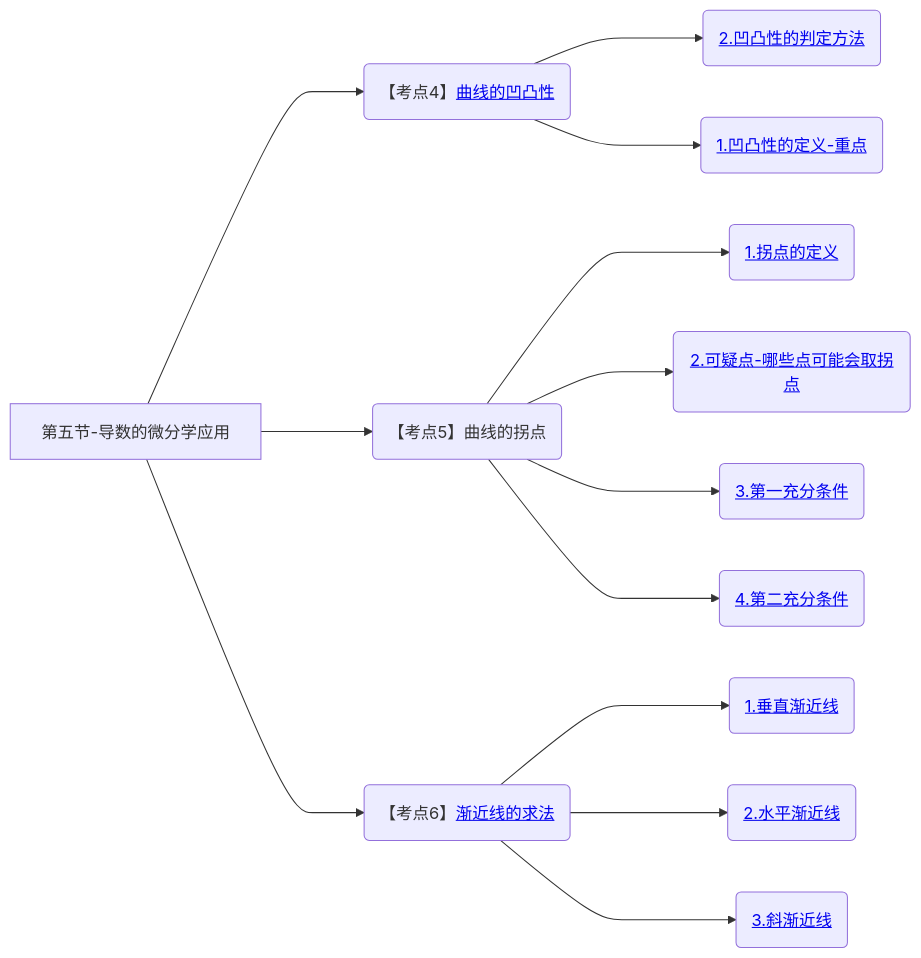
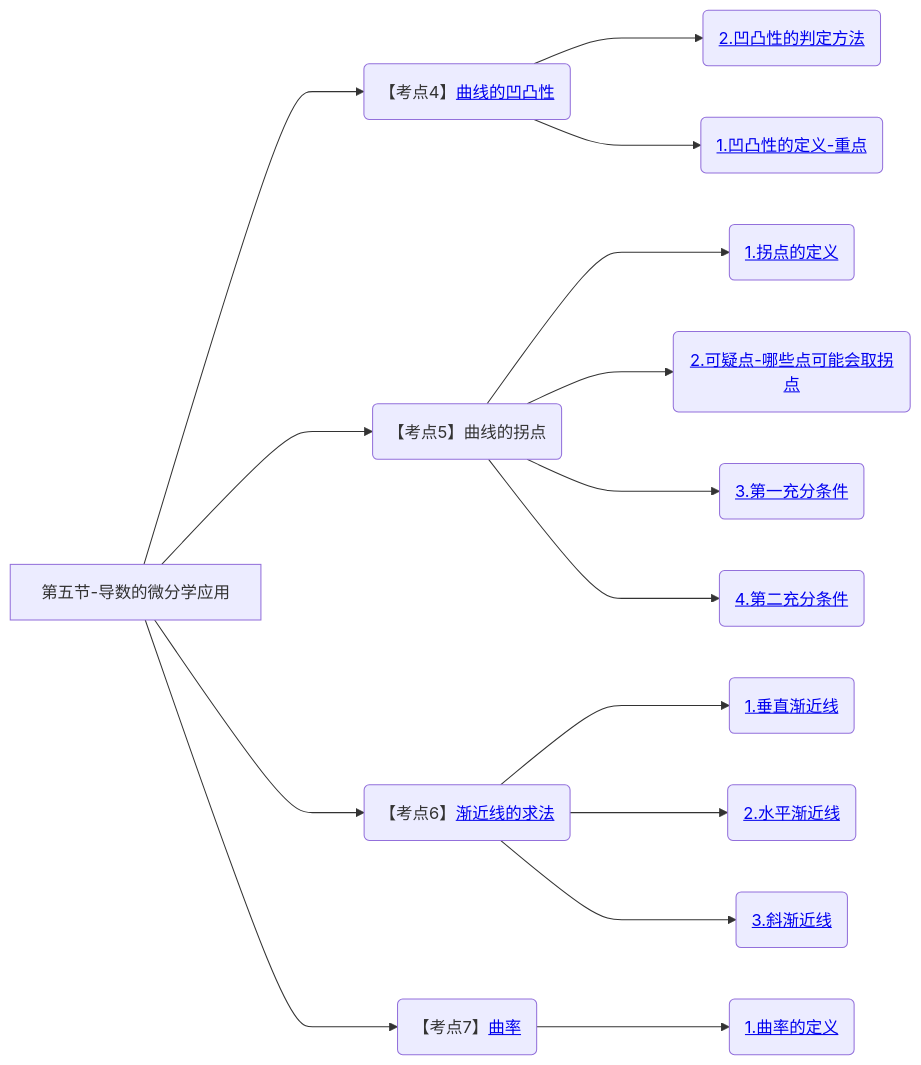
Before and after one commit to yuebinghui/note: diagram 16 of 16 in 笔记/数学/周洋鑫/01.基础班思维导图.md, drawn with Mermaid. The commit also changed 8 other files, not shown here.

````diff
--- a/笔记/数学/周洋鑫/01.基础班思维导图.md
+++ b/笔记/数学/周洋鑫/01.基础班思维导图.md
@@ -566,20 +566,23 @@
 ```mermaid
 graph LR
 第五节-导数的微分学应用
 
 
 第五节-导数的微分学应用--->曲线的凹凸性(【考点4】<a href="/Users/yuebinghui/Documents/program/github/note/笔记/数学/周洋鑫/基础班/17.导数的微分学应用_3.md#曲线的凹凸性">曲线的凹凸性</>)
 曲线的凹凸性--->2.凹凸性的判定方法(<a href="/Users/yuebinghui/Documents/program/github/note/笔记/数学/周洋鑫/基础班/17.导数的微分学应用_3.md#2.凹凸性的判定方法">2.凹凸性的判定方法</>)
 曲线的凹凸性--->1.凹凸性的定义-重点(<a href="/Users/yuebinghui/Documents/program/github/note/笔记/数学/周洋鑫/基础班/17.导数的微分学应用_3.md#1.凹凸性的定义-重点">1.凹凸性的定义-重点</>)
 
 第五节-导数的微分学应用--->曲线的拐点(【考点5】曲线的拐点)
 曲线的拐点--->1.拐点的定义(<a href="/Users/yuebinghui/Documents/program/github/note/笔记/数学/周洋鑫/基础班/17.导数的微分学应用_3.md#1.拐点的定义">1.拐点的定义</>)
 曲线的拐点--->2.可疑点-哪些点可能会取拐点(<a href="/Users/yuebinghui/Documents/program/github/note/笔记/数学/周洋鑫/基础班/17.导数的微分学应用_3.md#2.可疑点-哪些点可能会取拐点">2.可疑点-哪些点可能会取拐点</>)
 曲线的拐点--->3.第一充分条件(<a href="/Users/yuebinghui/Documents/program/github/note/笔记/数学/周洋鑫/基础班/17.导数的微分学应用_3.md#3.第一充分条件">3.第一充分条件</>)
 曲线的拐点--->4.第二充分条件(<a href="/Users/yuebinghui/Documents/program/github/note/笔记/数学/周洋鑫/基础班/17.导数的微分学应用_3.md#4.第二充分条件">4.第二充分条件</>)
 
 第五节-导数的微分学应用--->渐近线的求法(【考点6】<a href="/Users/yuebinghui/Documents/program/github/note/笔记/数学/周洋鑫/基础班/17.导数的微分学应用_3.md#渐近线的求法">渐近线的求法</>)
 渐近线的求法--->1.垂直渐近线(<a href="/Users/yuebinghui/Documents/program/github/note/笔记/数学/周洋鑫/基础班/17.导数的微分学应用_3.md#1.垂直渐近线">1.垂直渐近线</>)
 渐近线的求法--->2.水平渐近线(<a href="/Users/yuebinghui/Documents/program/github/note/笔记/数学/周洋鑫/基础班/17.导数的微分学应用_3.md#2.水平渐近线">2.水平渐近线</>)
 渐近线的求法--->3.斜渐近线(<a href="/Users/yuebinghui/Documents/program/github/note/笔记/数学/周洋鑫/基础班/17.导数的微分学应用_3.md#3.斜渐近线">3.斜渐近线</>)
+
+第五节-导数的微分学应用--->曲率(【考点7】<a href="/Users/yuebinghui/Documents/program/github/note/笔记/数学/周洋鑫/基础班/17.导数的微分学应用_3.md#曲率">曲率</>)
+曲率--->1.曲率的定义(<a href="/Users/yuebinghui/Documents/program/github/note/笔记/数学/周洋鑫/基础班/17.导数的微分学应用_3.md#1.曲率的定义">1.曲率的定义</>)
 ```
````
